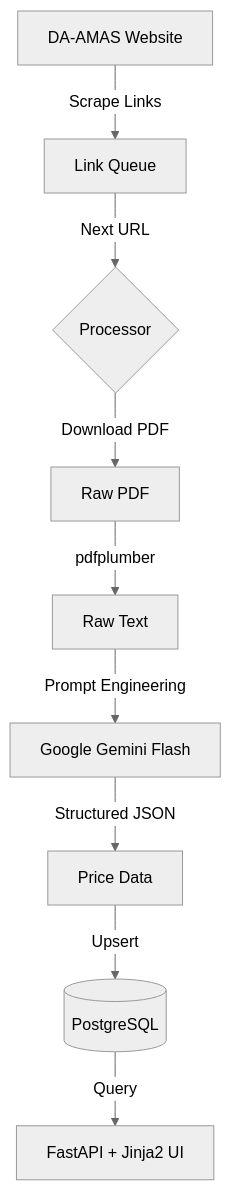
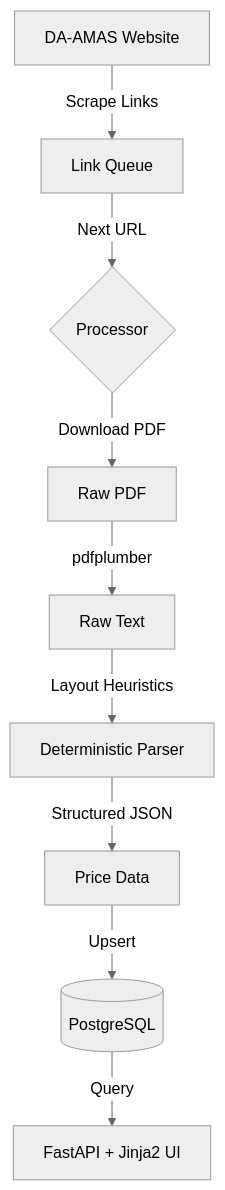
Before and after one commit to leodyversemilla07/agri-bantay-presyo: the diagram in docs/technical_architecture.md, drawn with Mermaid (neutral theme). The commit also changed other lines of this file and 21 other files, not shown here.

Commit message:
refactor: replace AI parsing with deterministic parser

````diff
--- a/docs/technical_architecture.md
+++ b/docs/technical_architecture.md
@@ -23,11 +22,11 @@
 ```mermaid
 graph TD
     A[DA-AMAS Website] -->|Scrape Links| B[Link Queue]
     B -->|Next URL| C{Processor}
     C -->|Download PDF| D[Raw PDF]
     D -->|pdfplumber| E[Raw Text]
-    E -->|Prompt Engineering| F[Google Gemini Flash]
+    E -->|Layout Heuristics| F[Deterministic Parser]
     F -->|Structured JSON| G[Price Data]
     G -->|Upsert| H[(PostgreSQL)]
     H -->|Query| I[FastAPI + Jinja2 UI]
 ```
````
